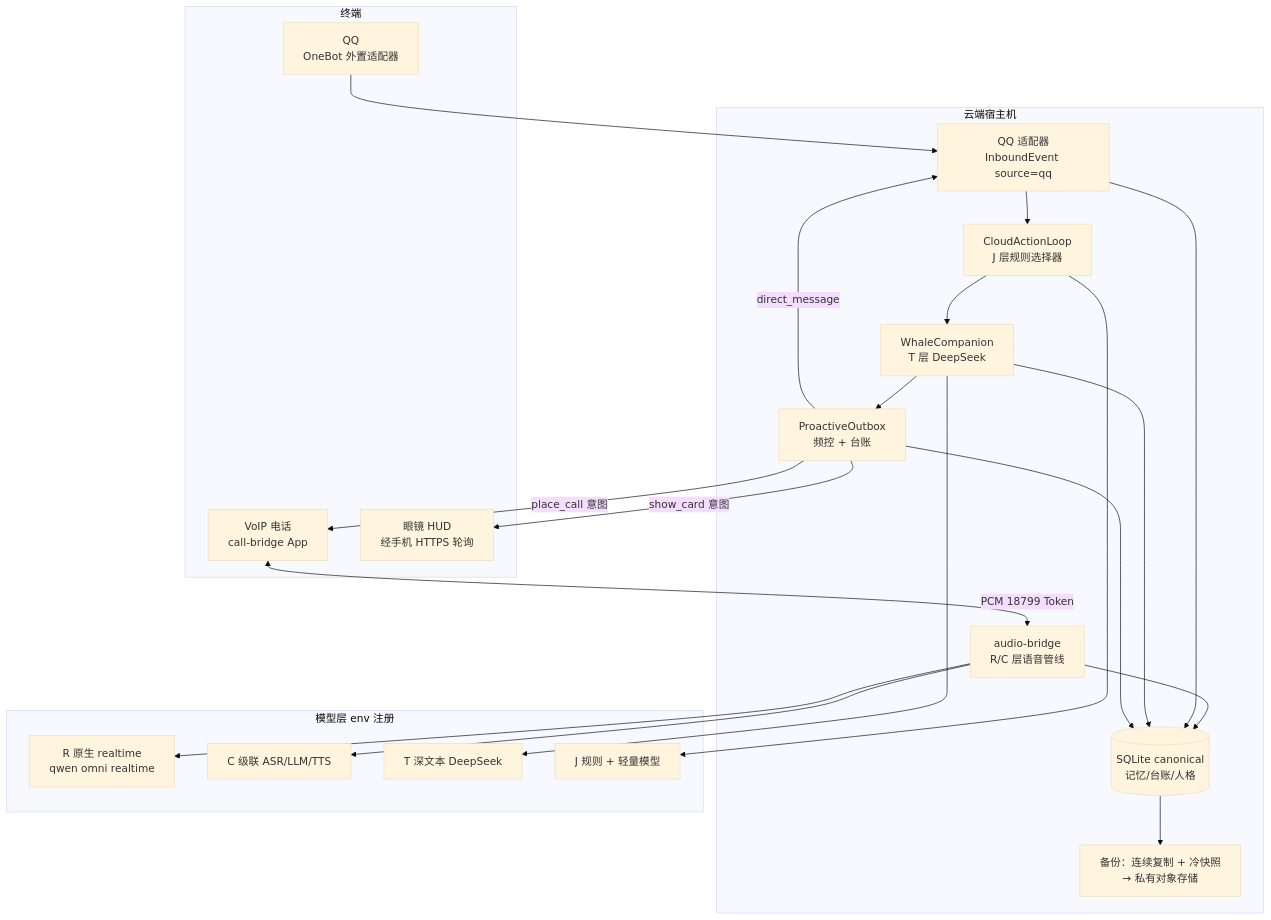
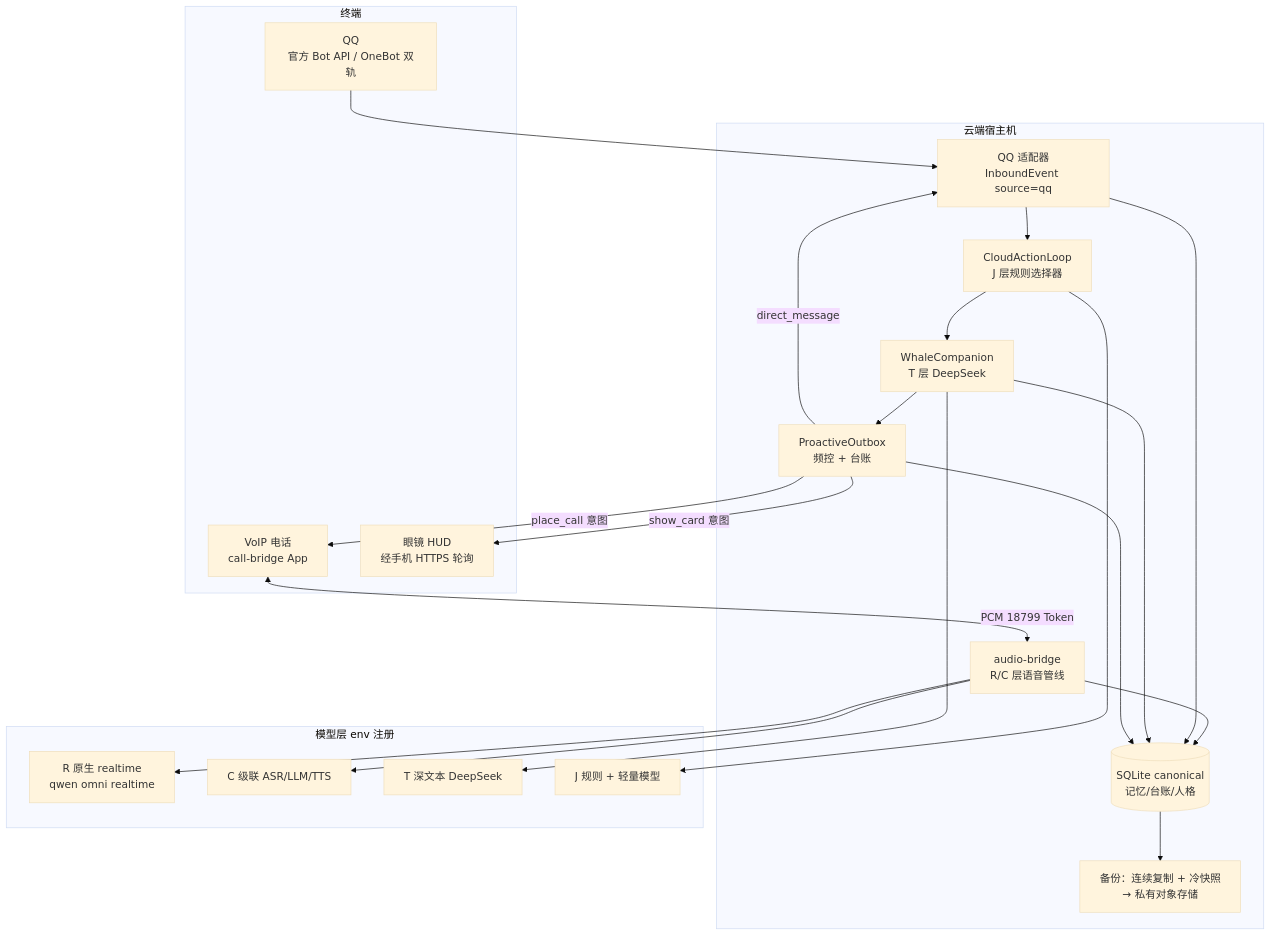
The first of 2 diagrams in docs/cloud-model-orchestration.md (amwangfan/whale-io), drawn with Mermaid (base theme) before and after one commit. The commit also changed other lines of this file, not shown here.

````diff
--- a/docs/cloud-model-orchestration.md
+++ b/docs/cloud-model-orchestration.md
@@ -13,40 +13,40 @@
 ```mermaid
 flowchart TB
   subgraph endpoints [终端]
     CALL[VoIP 电话<br/>call-bridge App]
-    QQ[QQ<br/>OneBot 外置适配器]
+    QQ[QQ<br/>官方 Bot API / OneBot 双轨]
     GLASS[眼镜 HUD<br/>经手机 HTTPS 轮询]
   end
 
   subgraph cloud [云端宿主机]
     BR[audio-bridge<br/>R/C 层语音管线]
     QA[QQ 适配器<br/>InboundEvent source=qq]
     LOOP[CloudActionLoop<br/>J 层规则选择器]
     COMP[WhaleCompanion<br/>T 层 DeepSeek]
     OUT[ProactiveOutbox<br/>频控 + 台账]
     DB[(SQLite canonical<br/>记忆/台账/人格)]
     BK[备份：连续复制 + 冷快照<br/>→ 私有对象存储]
   end
 
   subgraph models [模型层 env 注册]
     R[R 原生 realtime<br/>qwen omni realtime]
     C[C 级联 ASR/LLM/TTS]
     T[T 深文本 DeepSeek]
     J[J 规则 + 轻量模型]
   end
 
   CALL <-->|PCM 18799 Token| BR
   QQ --> QA
   QA --> LOOP
   LOOP --> COMP
   COMP --> OUT
   OUT -->|direct_message| QA
   OUT -->|show_card 意图| GLASS
   OUT -->|place_call 意图| CALL
   BR --> R
   BR --> C
   COMP --> T
   LOOP --> J
   BR & QA & COMP & OUT --> DB
   DB --> BK
 ```
````
